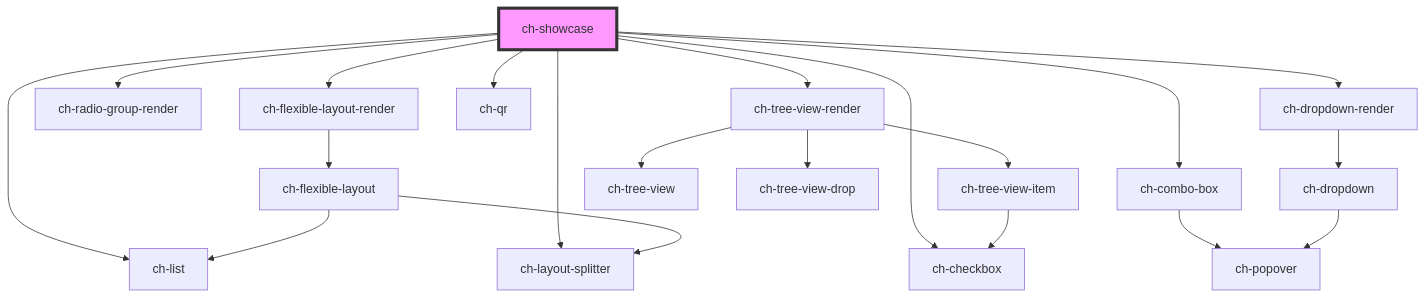
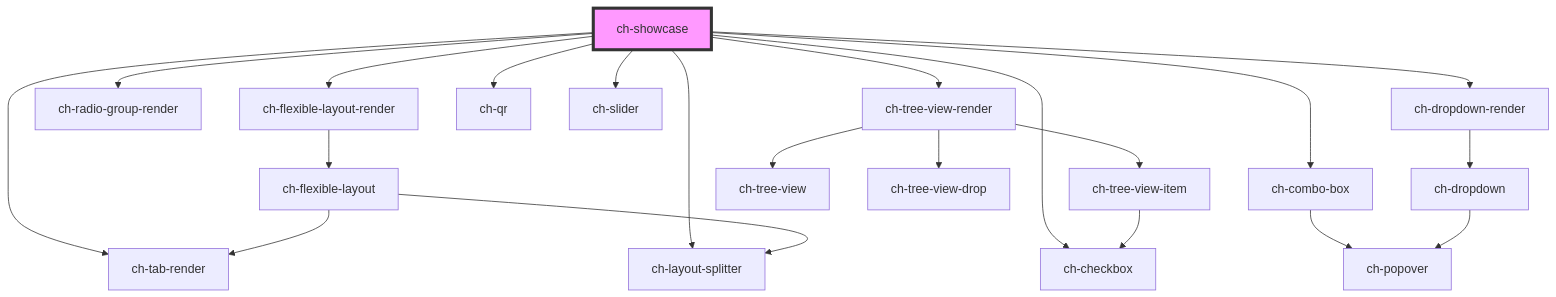
Before and after one commit to genexuslabs/chameleon-controls-library: the diagram in src/showcase/assets/components/readme.md, drawn with Mermaid. The commit also changed other lines of this file and 9 other files, not shown here.

````diff
--- a/src/showcase/assets/components/readme.md
+++ b/src/showcase/assets/components/readme.md
@@ -34,23 +35,24 @@
 ```mermaid
 graph TD;
   ch-showcase --> ch-flexible-layout-render
   ch-showcase --> ch-checkbox
   ch-showcase --> ch-combo-box
   ch-showcase --> ch-radio-group-render
   ch-showcase --> ch-dropdown-render
   ch-showcase --> ch-layout-splitter
   ch-showcase --> ch-qr
-  ch-showcase --> ch-list
+  ch-showcase --> ch-slider
+  ch-showcase --> ch-tab-render
   ch-showcase --> ch-tree-view-render
   ch-flexible-layout-render --> ch-flexible-layout
-  ch-flexible-layout --> ch-list
+  ch-flexible-layout --> ch-tab-render
   ch-flexible-layout --> ch-layout-splitter
   ch-combo-box --> ch-popover
   ch-dropdown-render --> ch-dropdown
   ch-dropdown --> ch-popover
   ch-tree-view-render --> ch-tree-view
   ch-tree-view-render --> ch-tree-view-drop
   ch-tree-view-render --> ch-tree-view-item
   ch-tree-view-item --> ch-checkbox
   style ch-showcase fill:#f9f,stroke:#333,stroke-width:4px
 ```
````
